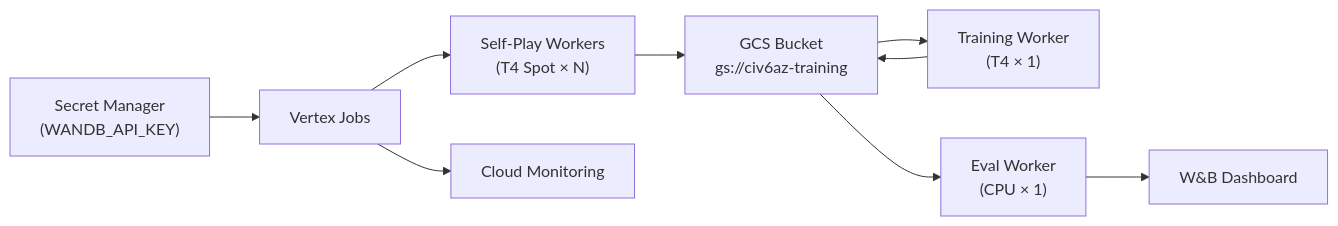
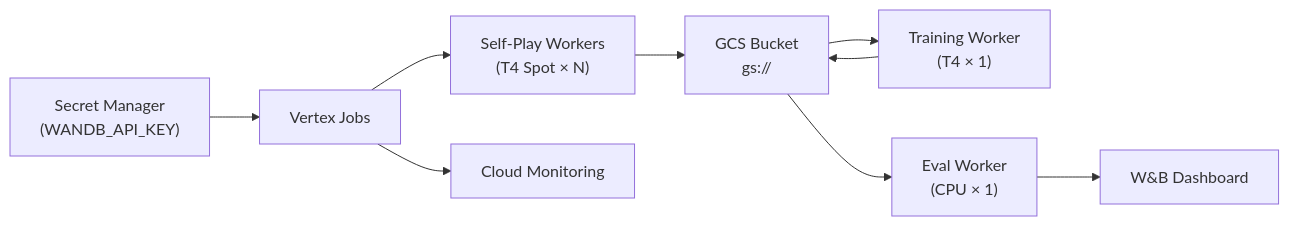
Before and after one commit to Mango-Metrics-NLM/Civ6-AlphaZero: the third of 3 diagrams in docs/architecture/adr/0001-scaling-optimization.md, drawn with Mermaid. The commit also changed 119 other files, not shown here.

````diff
--- a/docs/architecture/adr/0001-scaling-optimization.md
+++ b/docs/architecture/adr/0001-scaling-optimization.md
@@ -53,11 +53,11 @@
 ```mermaid
 flowchart LR
     SM["Secret Manager<br/>(WANDB_API_KEY)"] --> VJ["Vertex Jobs"]
     VJ --> SP["Self-Play Workers<br/>(T4 Spot × N)"]
-    SP --> GCS["GCS Bucket<br/>gs://civ6az-training"]
+    SP --> GCS["GCS Bucket<br/>gs://<training-bucket>"]
     GCS --> TR["Training Worker<br/>(T4 × 1)"]
     TR --> GCS
     GCS --> EV["Eval Worker<br/>(CPU × 1)"]
     EV --> WB["W&B Dashboard"]
     VJ --> CM["Cloud Monitoring"]
 ```
````
